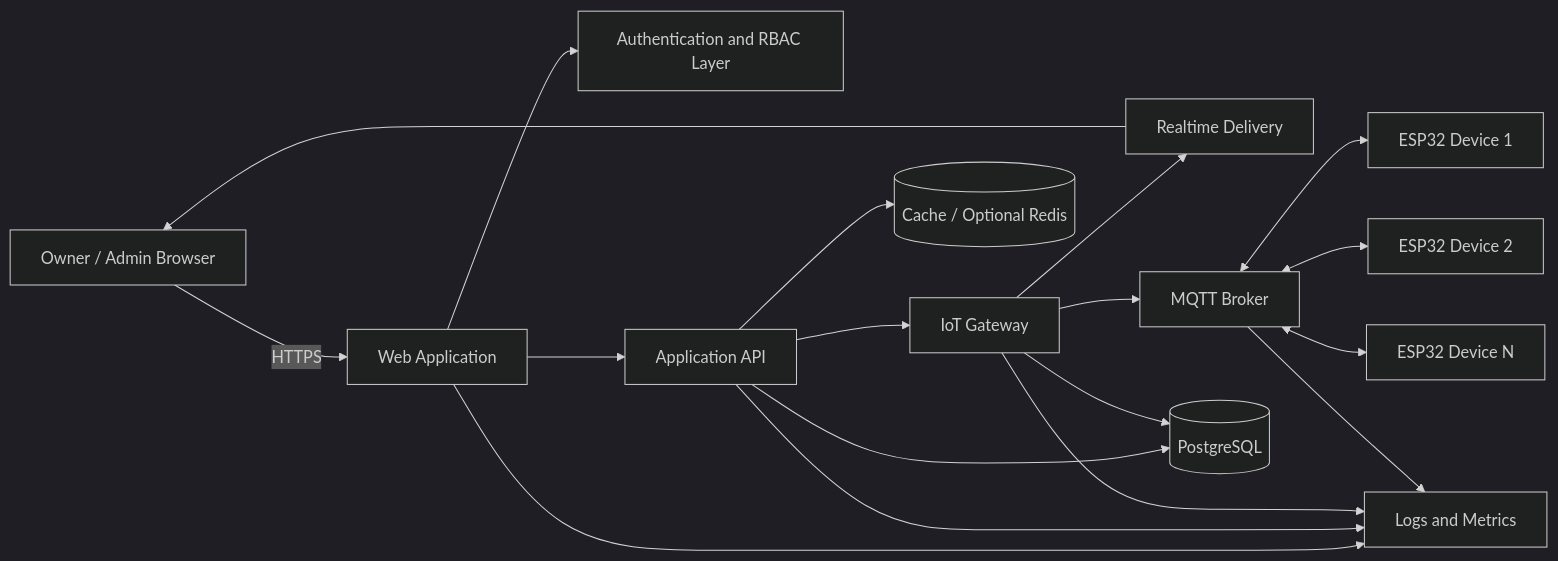
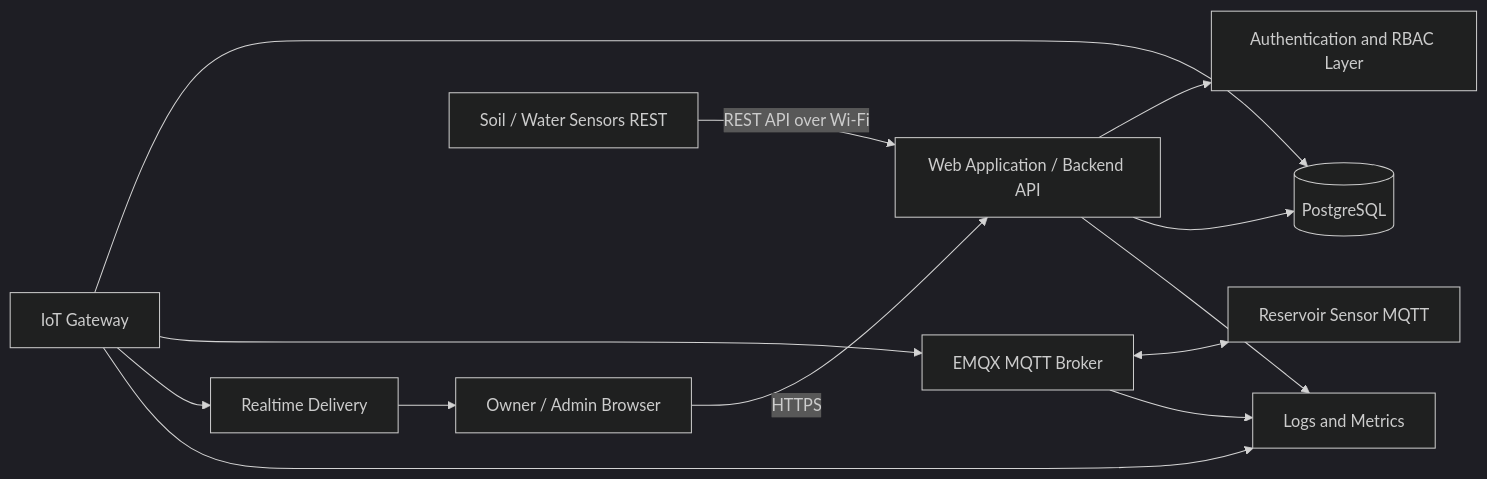
The first of 4 diagrams in docs/ARCHITECTURE.md (Hugo141132/Melon), drawn with Mermaid (dark theme) before and after one commit. The commit also changed other lines of this file and 18 other files, not shown here.

````diff
--- a/docs/ARCHITECTURE.md
+++ b/docs/ARCHITECTURE.md
@@ -110,34 +110,26 @@
 ```mermaid
 flowchart LR
     U[Owner / Admin Browser]
-    W[Web Application]
+    W[Web Application / Backend API]
     A[Authentication and RBAC Layer]
-    B[Application API]
     R[Realtime Delivery]
     G[IoT Gateway]
-    M[MQTT Broker]
-    D1[ESP32 Device 1]
-    D2[ESP32 Device 2]
-    DN[ESP32 Device N]
+    M[EMQX MQTT Broker]
+    D_Soil[Soil / Water Sensors REST]
+    D_Res[Reservoir Sensor MQTT]
     DB[(PostgreSQL)]
-    C[(Cache / Optional Redis)]
     O[Logs and Metrics]
 
     U -->|HTTPS| W
     W --> A
-    W --> B
-    B --> DB
-    B --> C
-    B --> G
-    R --> U
-    G --> R
+    D_Soil -->|REST API over Wi-Fi| W
+    W --> DB
     G --> DB
     G --> M
-    M <--> D1
-    M <--> D2
-    M <--> DN
+    M <--> D_Res
+    G --> R
+    R --> U
     W --> O
-    B --> O
     G --> O
     M --> O
 ```
````
